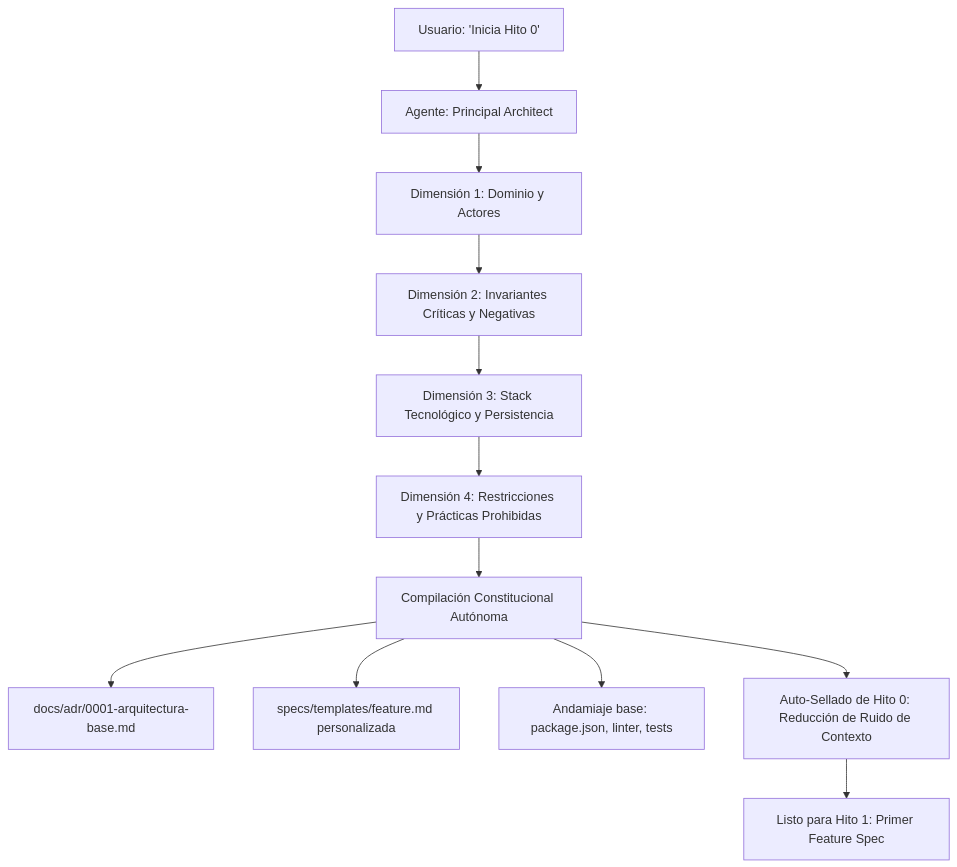
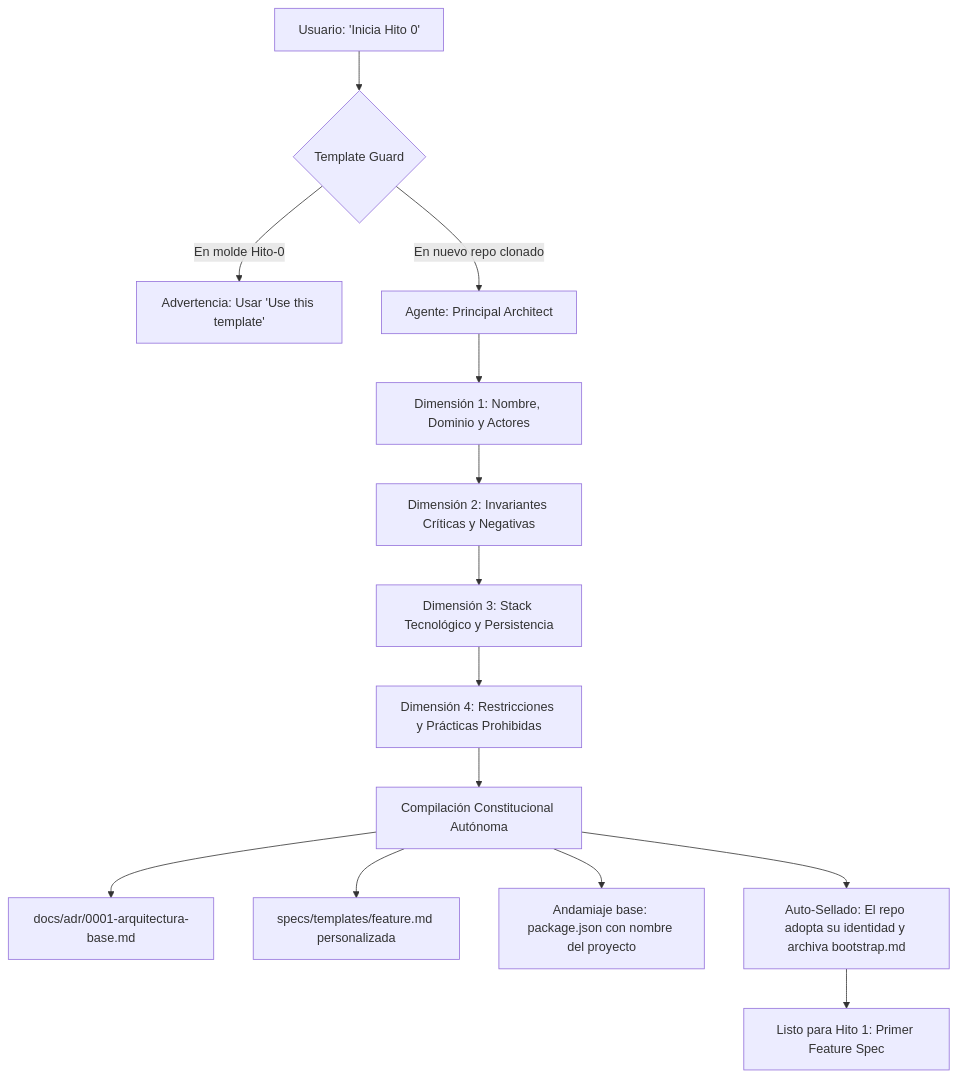
One commit to Zer0x25/Hito-0 changed the diagram in README.md. Above: the diagram before and after it, drawn with Mermaid. The commit also changed other lines of this file and 6 other files, not shown here.

Commit message:
feat(governance): incorporar template guard, CI con GitHub Actions, hook pre-commit y ADR-0000

````diff
--- a/README.md
+++ b/README.md
@@ -38,14 +39,16 @@
 ```mermaid
 flowchart TD
-    A[Usuario: 'Inicia Hito 0'] --> B[Agente: Principal Architect]
-    B --> C1[Dimensión 1: Dominio y Actores]
+    A[Usuario: 'Inicia Hito 0'] --> G{Template Guard}
+    G -- "En molde Hito-0" --> W[Advertencia: Usar 'Use this template']
+    G -- "En nuevo repo clonado" --> B[Agente: Principal Architect]
+    B --> C1[Dimensión 1: Nombre, Dominio y Actores]
     C1 --> C2[Dimensión 2: Invariantes Críticas y Negativas]
     C2 --> C3[Dimensión 3: Stack Tecnológico y Persistencia]
     C3 --> C4[Dimensión 4: Restricciones y Prácticas Prohibidas]
     C4 --> D[Compilación Constitucional Autónoma]
     D --> E1[docs/adr/0001-arquitectura-base.md]
     D --> E2[specs/templates/feature.md personalizada]
-    D --> E3[Andamiaje base: package.json, linter, tests]
-    D --> S[Auto-Sellado de Hito 0: Reducción de Ruido de Contexto]
+    D --> E3[Andamiaje base: package.json con nombre del proyecto]
+    D --> S[Auto-Sellado: El repo adopta su identidad y archiva bootstrap.md]
     S --> F[Listo para Hito 1: Primer Feature Spec]
 ```
````
